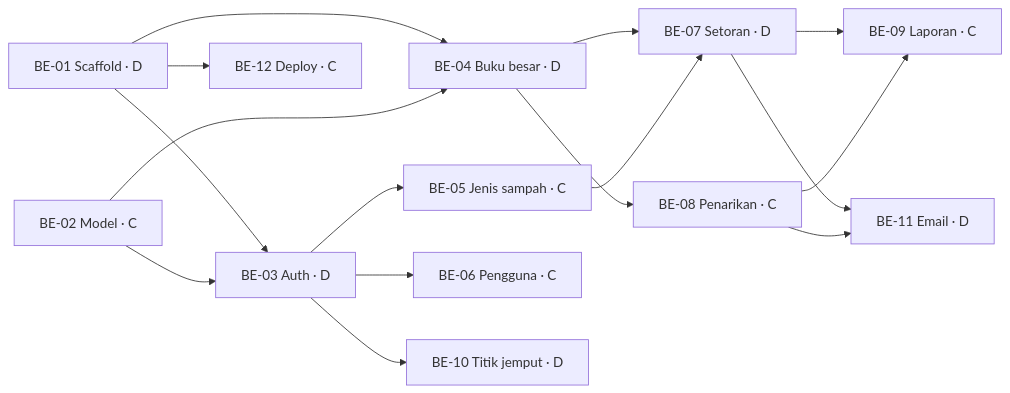
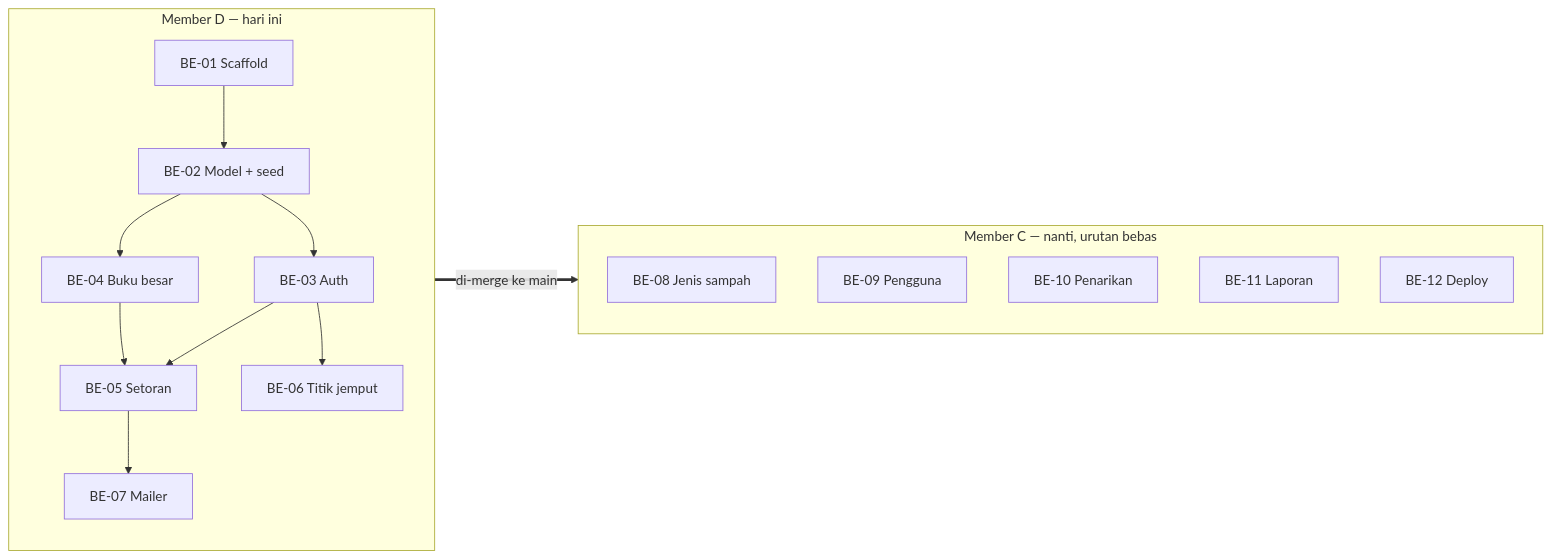
Before and after one commit to nael0407/US4-Bank-Sampah: the diagram in docs/task-distribution.id.md, drawn with Mermaid. The commit also changed other lines of this file, not shown here.

Commit message:
docs(tasks): make member d tasks independent in indonesian doc

````diff
--- a/docs/task-distribution.id.md
+++ b/docs/task-distribution.id.md
@@ -27,18 +29,22 @@
 ```mermaid
 flowchart LR
-    BE01[BE-01 Scaffold · D] --> BE03[BE-03 Auth · D]
-    BE02[BE-02 Model · C] --> BE03
-    BE01 --> BE04[BE-04 Buku besar · D]
-    BE02 --> BE04
-    BE03 --> BE05[BE-05 Jenis sampah · C]
-    BE03 --> BE06[BE-06 Pengguna · C]
-    BE04 --> BE07[BE-07 Setoran · D]
-    BE05 --> BE07
-    BE04 --> BE08[BE-08 Penarikan · C]
-    BE07 --> BE09[BE-09 Laporan · C]
-    BE08 --> BE09
-    BE03 --> BE10[BE-10 Titik jemput · D]
-    BE07 --> BE11[BE-11 Email · D]
-    BE08 --> BE11
-    BE01 --> BE12[BE-12 Deploy · C]
+    subgraph D["Member D — hari ini"]
+        BE01[BE-01 Scaffold] --> BE02[BE-02 Model + seed]
+        BE02 --> BE03[BE-03 Auth]
+        BE02 --> BE04[BE-04 Buku besar]
+        BE03 --> BE05[BE-05 Setoran]
+        BE04 --> BE05
+        BE03 --> BE06[BE-06 Titik jemput]
+        BE05 --> BE07[BE-07 Mailer]
+    end
+
+    subgraph C["Member C — nanti, urutan bebas"]
+        BE08[BE-08 Jenis sampah]
+        BE09[BE-09 Pengguna]
+        BE10[BE-10 Penarikan]
+        BE11[BE-11 Laporan]
+        BE12[BE-12 Deploy]
+    end
+
+    D ==>|di-merge ke main| C
 ```
````
